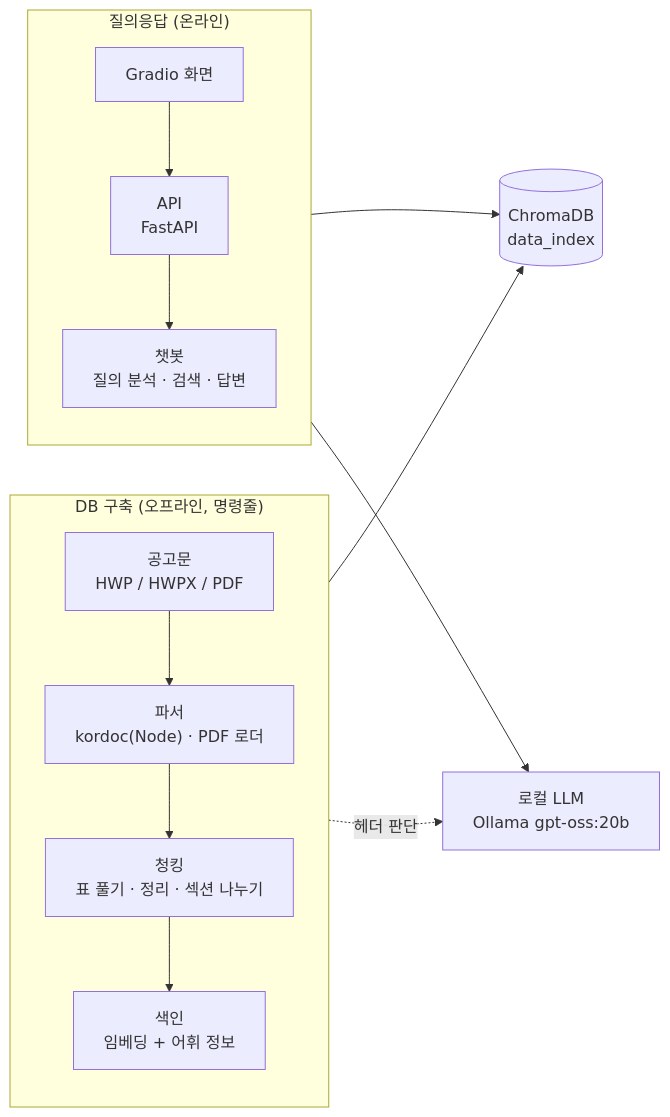
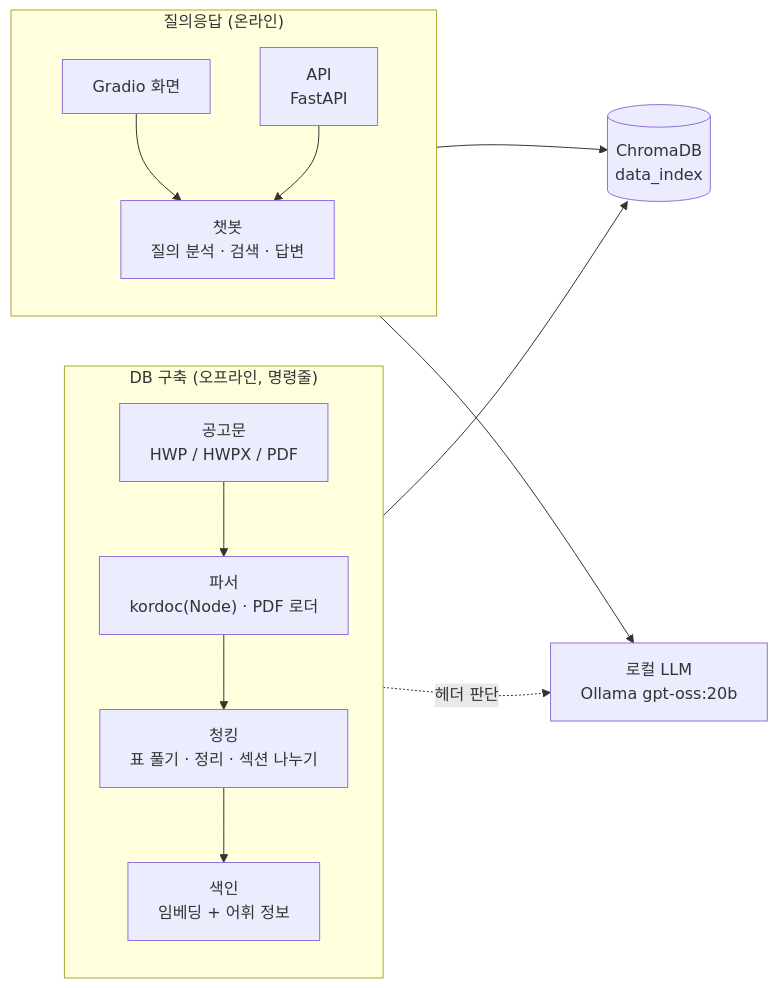
The first of 2 diagrams in docs/03_아키텍처.md (adover134/hierarchical-md-rag), drawn with Mermaid before and after one commit. The commit also changed other lines of this file and 8 other files, not shown here.

Commit message:
docs: apply reviewer fixes (data_index wipe warning, org meaning, diagram, numbers, glossary)

````diff
--- a/docs/03_아키텍처.md
+++ b/docs/03_아키텍처.md
@@ -14,24 +14,24 @@
 ```mermaid
 flowchart LR
     subgraph OFF["DB 구축 (오프라인, 명령줄)"]
         direction TB
         P1["공고문<br/>HWP / HWPX / PDF"] --> P2["파서<br/>kordoc(Node) · PDF 로더"]
         P2 --> P3["청킹<br/>표 풀기 · 정리 · 섹션 나누기"]
         P3 --> P4["색인<br/>임베딩 + 어휘 정보"]
     end
 
     DB[("ChromaDB<br/>data_index")]
 
     subgraph ON["질의응답 (온라인)"]
         direction TB
-        UI["Gradio 화면"] --> API["API<br/>FastAPI"]
-        API --> BOT["챗봇<br/>질의 분석 · 검색 · 답변"]
+        UI["Gradio 화면"] --> BOT["챗봇<br/>질의 분석 · 검색 · 답변"]
+        API["API<br/>FastAPI"] --> BOT
     end
 
     LLM["로컬 LLM<br/>Ollama gpt-oss:20b"]
 
     P4 --> DB
     BOT --> DB
     BOT --> LLM
     P2 -.->|"헤더 판단"| LLM
 ```
````
